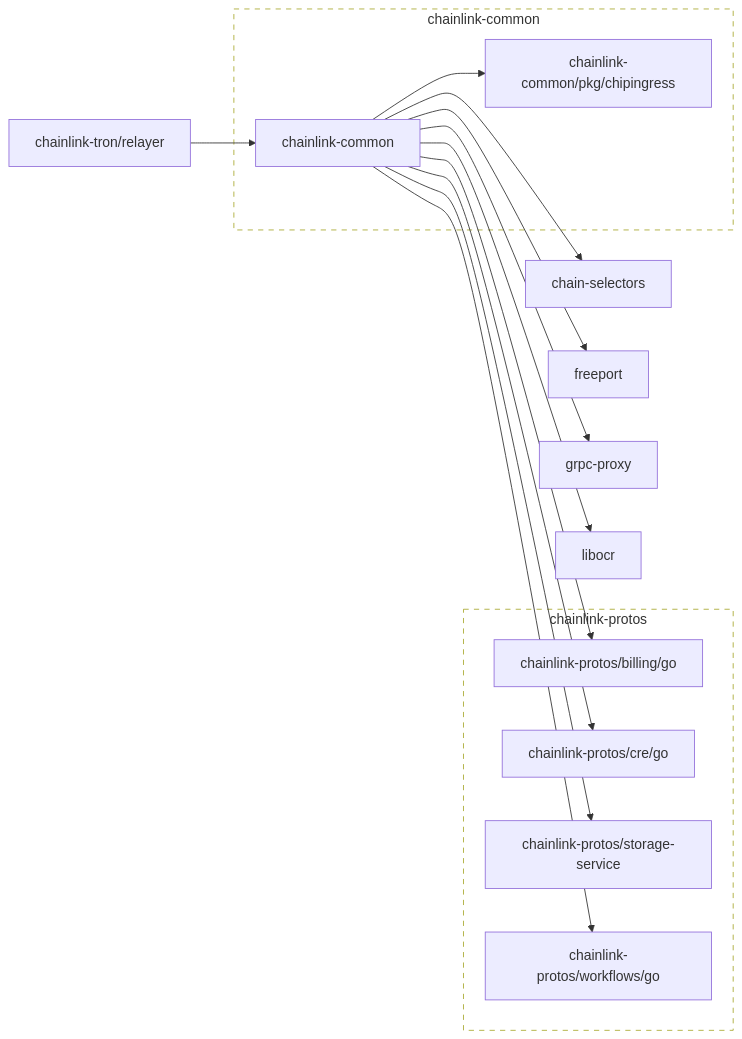
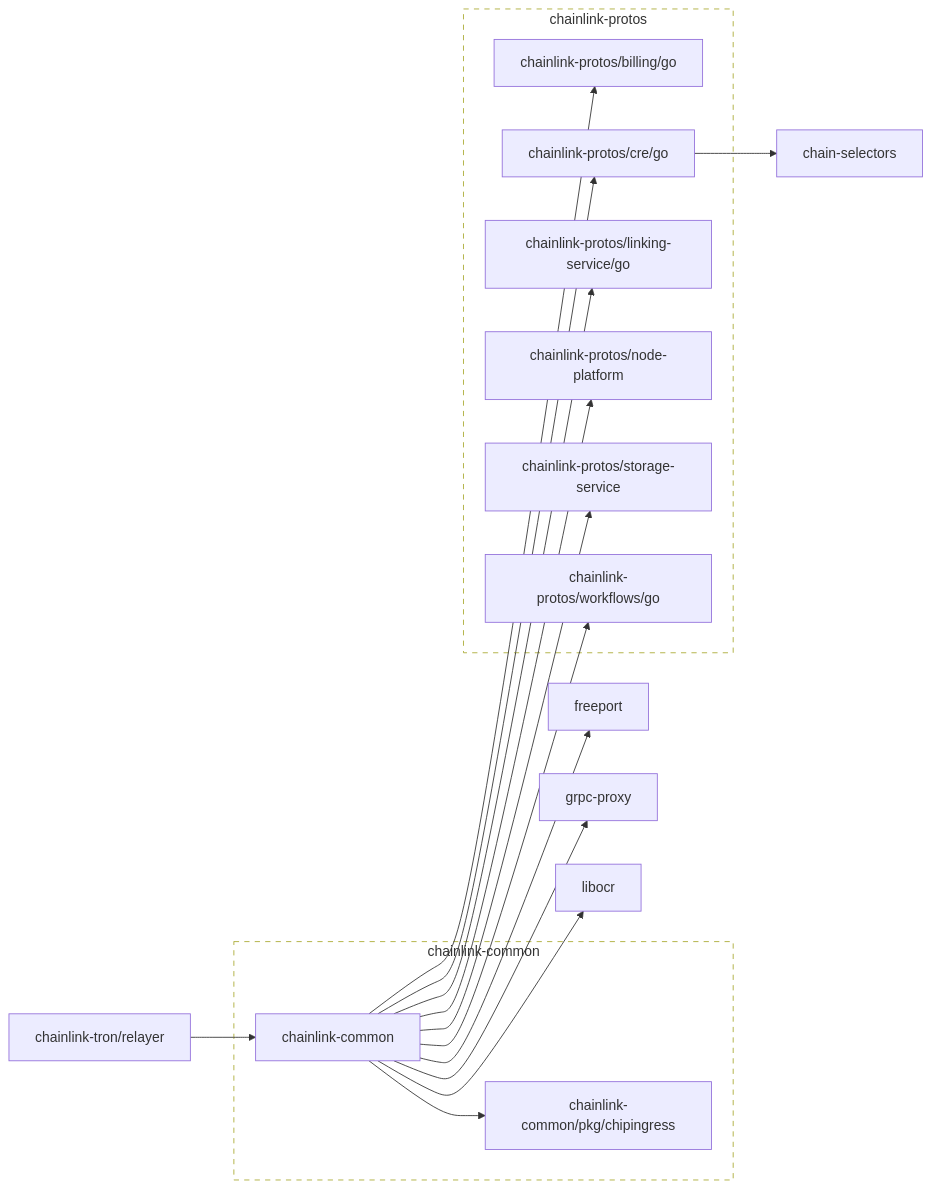
Before and after one commit to smartcontractkit/chainlink-tron: the first of 2 diagrams in go.md, drawn with Mermaid. The commit also changed other lines of this file and 6 other files, not shown here.

````diff
--- a/go.md
+++ b/go.md
@@ -3,51 +3,58 @@
 ```mermaid
 flowchart LR
 
 	chain-selectors
 	click chain-selectors href "https://github.com/smartcontractkit/chain-selectors"
-	chainlink-common --> chain-selectors
 	chainlink-common --> chainlink-common/pkg/chipingress
 	chainlink-common --> chainlink-protos/billing/go
 	chainlink-common --> chainlink-protos/cre/go
+	chainlink-common --> chainlink-protos/linking-service/go
+	chainlink-common --> chainlink-protos/node-platform
 	chainlink-common --> chainlink-protos/storage-service
 	chainlink-common --> chainlink-protos/workflows/go
 	chainlink-common --> freeport
 	chainlink-common --> grpc-proxy
 	chainlink-common --> libocr
 	click chainlink-common href "https://github.com/smartcontractkit/chainlink-common"
 	chainlink-common/pkg/chipingress
 	click chainlink-common/pkg/chipingress href "https://github.com/smartcontractkit/chainlink-common"
 	chainlink-protos/billing/go
 	click chainlink-protos/billing/go href "https://github.com/smartcontractkit/chainlink-protos"
-	chainlink-protos/cre/go
+	chainlink-protos/cre/go --> chain-selectors
 	click chainlink-protos/cre/go href "https://github.com/smartcontractkit/chainlink-protos"
+	chainlink-protos/linking-service/go
+	click chainlink-protos/linking-service/go href "https://github.com/smartcontractkit/chainlink-protos"
+	chainlink-protos/node-platform
+	click chainlink-protos/node-platform href "https://github.com/smartcontractkit/chainlink-protos"
 	chainlink-protos/storage-service
 	click chainlink-protos/storage-service href "https://github.com/smartcontractkit/chainlink-protos"
 	chainlink-protos/workflows/go
 	click chainlink-protos/workflows/go href "https://github.com/smartcontractkit/chainlink-protos"
 	chainlink-tron/relayer --> chainlink-common
 	click chainlink-tron/relayer href "https://github.com/smartcontractkit/chainlink-tron"
 	freeport
 	click freeport href "https://github.com/smartcontractkit/freeport"
 	grpc-proxy
 	click grpc-proxy href "https://github.com/smartcontractkit/grpc-proxy"
 	libocr
 	click libocr href "https://github.com/smartcontractkit/libocr"
 
 	subgraph chainlink-common-repo[chainlink-common]
 		 chainlink-common
 		 chainlink-common/pkg/chipingress
 	end
 	click chainlink-common-repo href "https://github.com/smartcontractkit/chainlink-common"
 
 	subgraph chainlink-protos-repo[chainlink-protos]
 		 chainlink-protos/billing/go
 		 chainlink-protos/cre/go
+		 chainlink-protos/linking-service/go
+		 chainlink-protos/node-platform
 		 chainlink-protos/storage-service
 		 chainlink-protos/workflows/go
 	end
 	click chainlink-protos-repo href "https://github.com/smartcontractkit/chainlink-protos"
 
 	classDef outline stroke-dasharray:6,fill:none;
 	class chainlink-common-repo,chainlink-protos-repo outline
 ```
````
